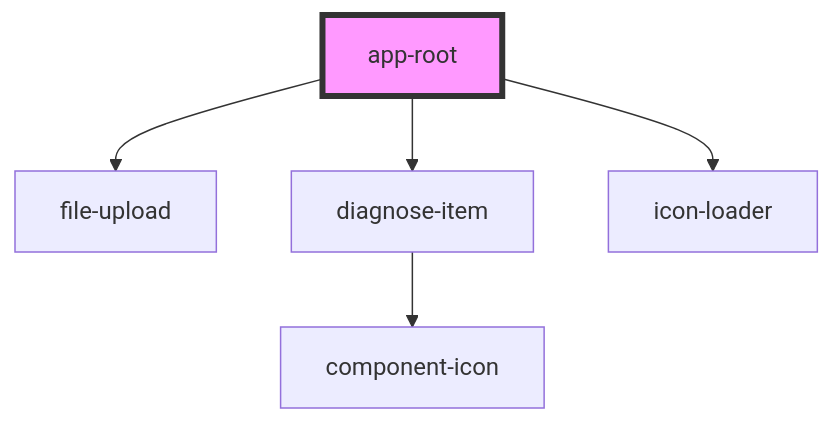
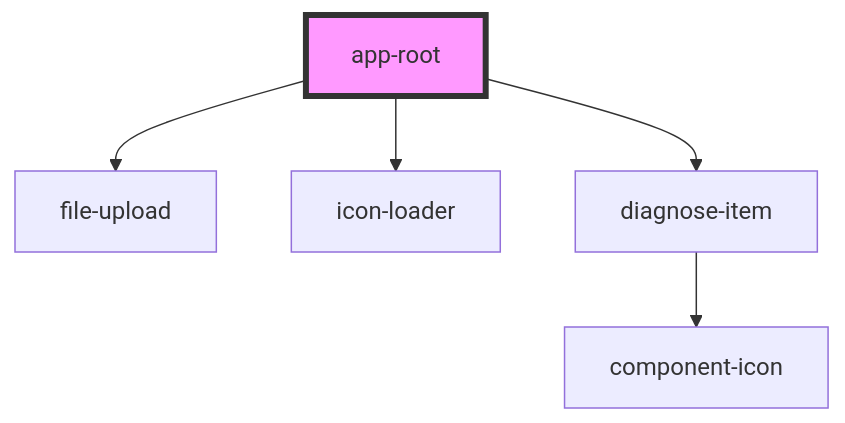
One commit to grantlouisherman/rest-diagnostic-stencil changed the diagram in rest-diagnostic/src/components/root/readme.md. Above: the diagram before and after it, drawn with Mermaid. The commit also changed other lines of this file and 4 other files, not shown here.

````diff
--- a/rest-diagnostic/src/components/root/readme.md
+++ b/rest-diagnostic/src/components/root/readme.md
@@ -17,8 +17,8 @@
 ```mermaid
 graph TD;
   app-root --> file-upload
+  app-root --> icon-loader
   app-root --> diagnose-item
-  app-root --> icon-loader
   diagnose-item --> component-icon
   style app-root fill:#f9f,stroke:#333,stroke-width:4px
 ```
````
